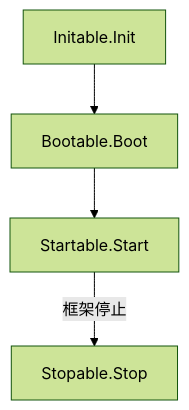
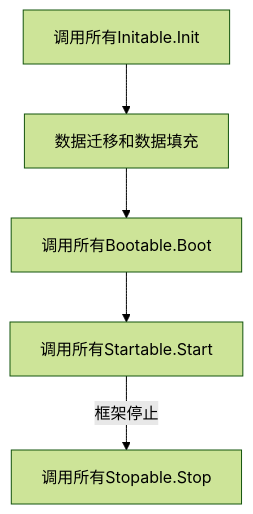
One commit to zeddy-go/docs changed the diagram in concepts/module.md. Above: the diagram before and after it, drawn with Mermaid (forest theme). The commit also changed other lines of this file and 1 other file, not shown here.

````diff
--- a/concepts/module.md
+++ b/concepts/module.md
@@ -34,6 +33,7 @@
 ```mermaid
 flowchart TD
-    A[Initable.Init] --> B[Bootable.Boot];
-    B --> C[Startable.Start];
-    C -- 框架停止 --> D[Stopable.Stop];
+    A[调用所有Initable.Init] --> B[数据迁移和数据填充];
+    B --> C[调用所有Bootable.Boot];
+    C --> D[调用所有Startable.Start];
+    D -- 框架停止 --> F[调用所有Stopable.Stop];
 ```
````
